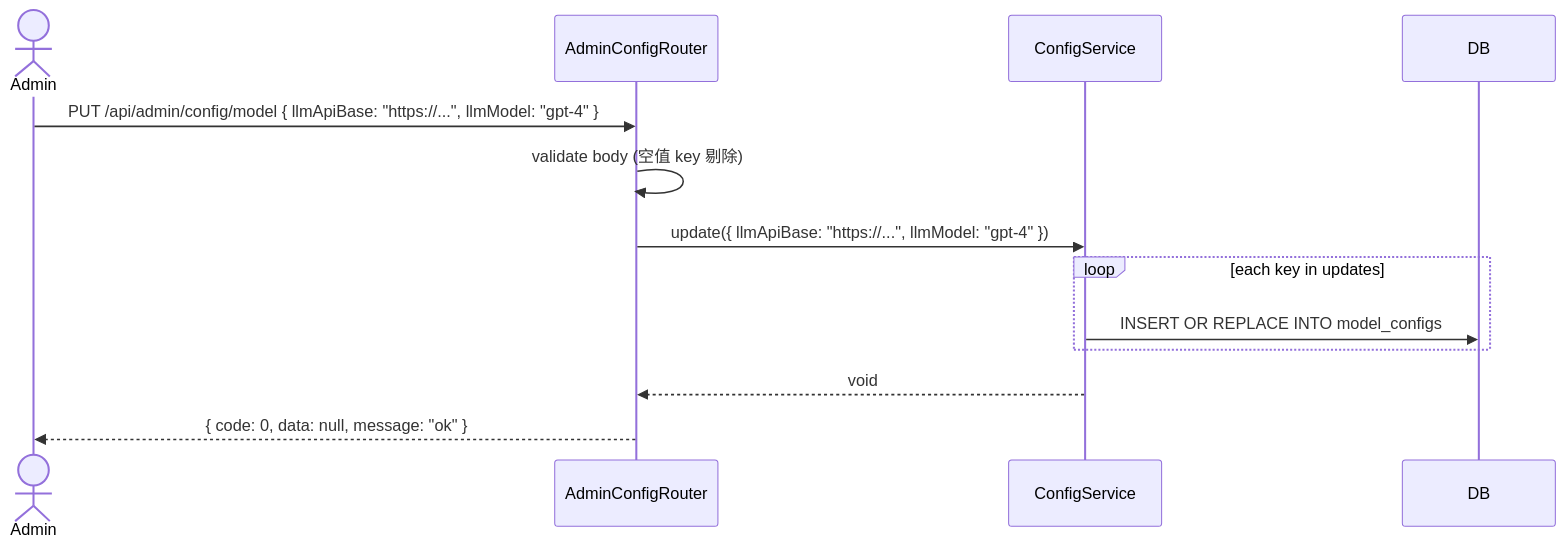
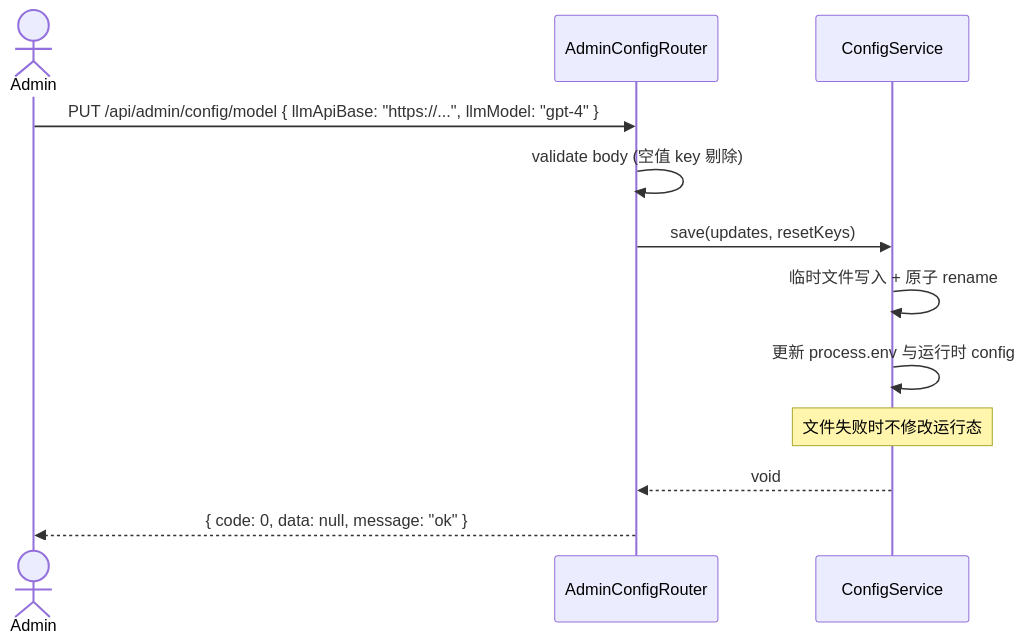
The third of 5 diagrams in docs/system_design.md (Rcloudso/smart-customer-service-ai), drawn with Mermaid before and after one commit. The commit also changed other lines of this file and 92 other files, not shown here.

````diff
--- a/docs/system_design.md
+++ b/docs/system_design.md
@@ -211,12 +220,12 @@
 ```mermaid
 sequenceDiagram
     actor Admin
     Admin->>AdminConfigRouter: PUT /api/admin/config/model { llmApiBase: "https://...", llmModel: "gpt-4" }
     AdminConfigRouter->>AdminConfigRouter: validate body (空值 key 剔除)
-    AdminConfigRouter->>ConfigService: update({ llmApiBase: "https://...", llmModel: "gpt-4" })
-    loop each key in updates
-        ConfigService->>DB: INSERT OR REPLACE INTO model_configs
-    end
+    AdminConfigRouter->>ConfigService: save(updates, resetKeys)
+    ConfigService->>ConfigService: 临时文件写入 + 原子 rename
+    ConfigService->>ConfigService: 更新 process.env 与运行时 config
+    Note over ConfigService: 文件失败时不修改运行态
     ConfigService-->>AdminConfigRouter: void
     AdminConfigRouter-->>Admin: { code: 0, data: null, message: "ok" }
 ```
````
